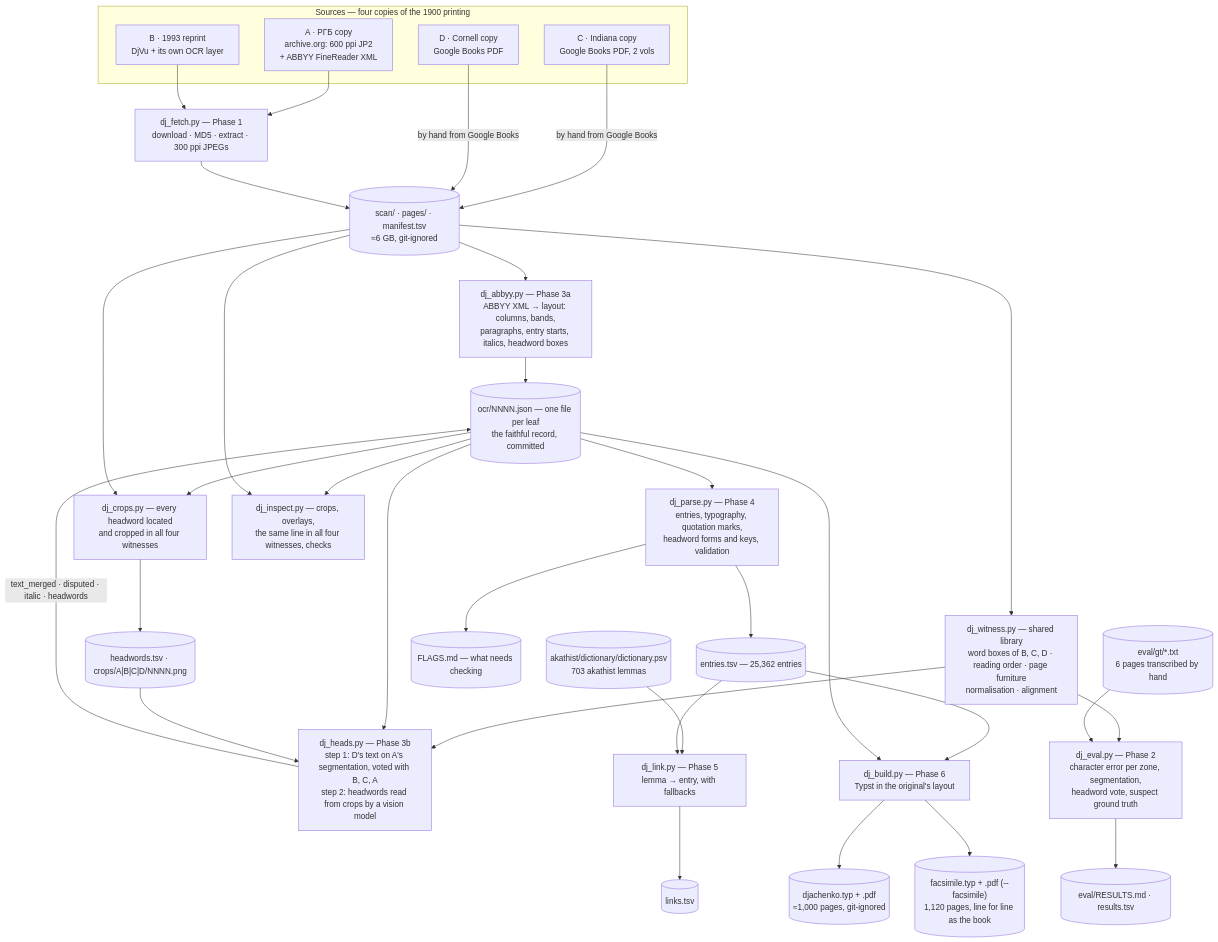
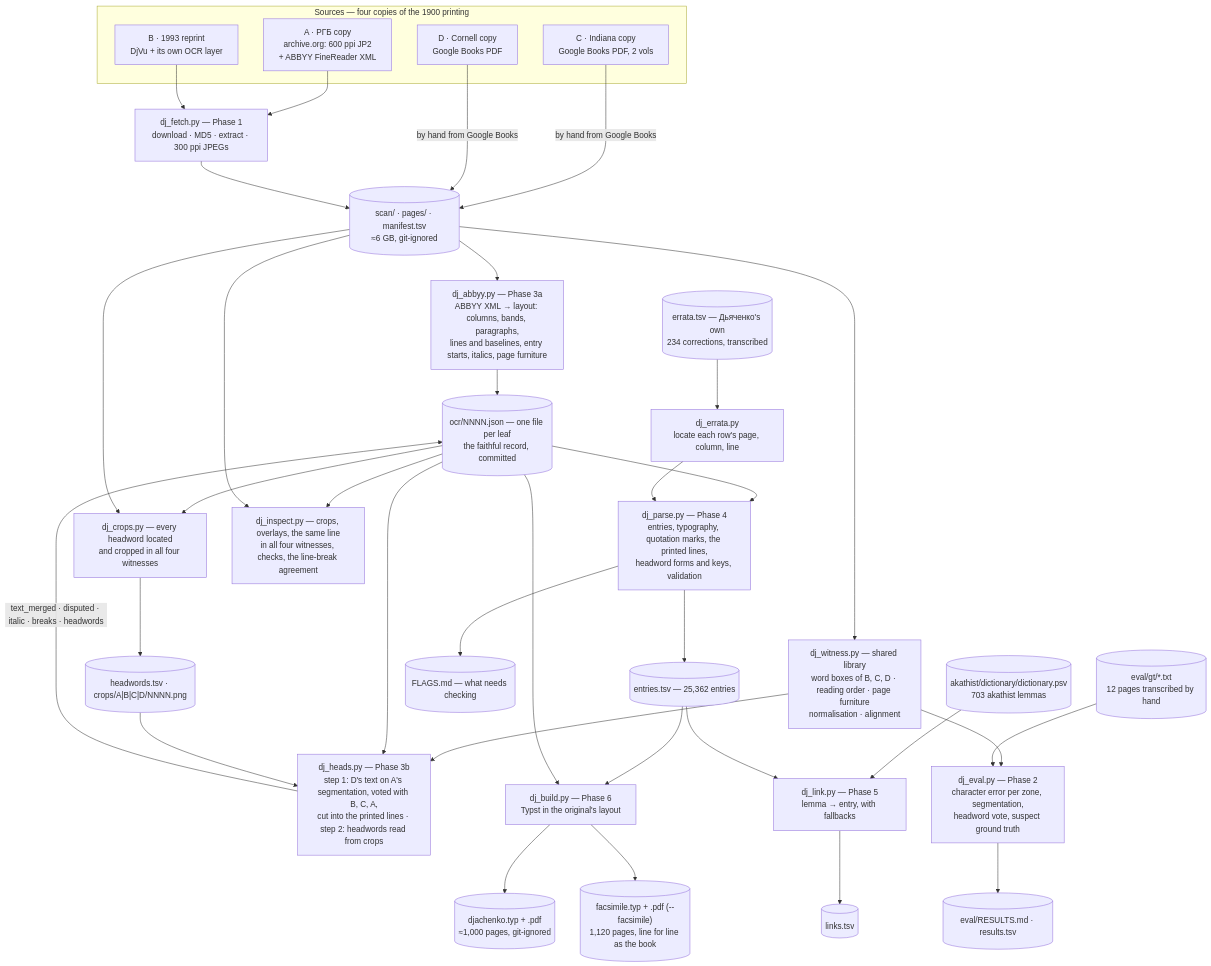
One commit to pancakescrawlspace/akafist changed the diagram in README.md. Above: the diagram before and after it, drawn with Mermaid. The commit also changed other lines of this file, not shown here.

Commit message:
README: the errata, the twelve ground-truth pages, one typesetting, the facsimile, the printed lines

````diff
--- a/README.md
+++ b/README.md
@@ -176,49 +181,51 @@
 ```mermaid
 flowchart TD
     subgraph SRC["Sources — four copies of the 1900 printing"]
         WA["A · РГБ copy<br/>archive.org: 600 ppi JP2<br/>+ ABBYY FineReader XML"]
         WB["B · 1993 reprint<br/>DjVu + its own OCR layer"]
         WC["C · Indiana copy<br/>Google Books PDF, 2 vols"]
         WD["D · Cornell copy<br/>Google Books PDF"]
     end
 
     WA --> FETCH["dj_fetch.py — Phase 1<br/>download · MD5 · extract · 300 ppi JPEGs"]
     WB --> FETCH
     WC -- "by hand from Google Books" --> SCAN
     WD -- "by hand from Google Books" --> SCAN
     FETCH --> SCAN[("scan/ · pages/ · manifest.tsv<br/>≈6 GB, git-ignored")]
 
-    SCAN --> ABBYY["dj_abbyy.py — Phase 3a<br/>ABBYY XML → layout: columns, bands,<br/>paragraphs, entry starts, italics, headword boxes"]
+    SCAN --> ABBYY["dj_abbyy.py — Phase 3a<br/>ABBYY XML → layout: columns, bands, paragraphs,<br/>lines and baselines, entry starts, italics, page furniture"]
     ABBYY --> OCRJ[("ocr/NNNN.json — one file per leaf<br/>the faithful record, committed")]
 
     SCAN --> WITLIB["dj_witness.py — shared library<br/>word boxes of B, C, D · reading order · page furniture<br/>normalisation · alignment"]
 
-    WITLIB --> HEADS["dj_heads.py — Phase 3b<br/>step 1: D's text on A's segmentation, voted with B, C, A<br/>step 2: headwords read from crops by a vision model"]
+    WITLIB --> HEADS["dj_heads.py — Phase 3b<br/>step 1: D's text on A's segmentation, voted with B, C, A,<br/>cut into the printed lines · step 2: headwords read from crops"]
     OCRJ --> HEADS
-    HEADS -- "text_merged · disputed · italic · headwords" --> OCRJ
+    HEADS -- "text_merged · disputed · italic · breaks · headwords" --> OCRJ
 
     WITLIB --> EVAL["dj_eval.py — Phase 2<br/>character error per zone, segmentation,<br/>headword vote, suspect ground truth"]
-    GT[("eval/gt/*.txt<br/>6 pages transcribed by hand")] --> EVAL
+    GT[("eval/gt/*.txt<br/>12 pages transcribed by hand")] --> EVAL
     EVAL --> RES[("eval/RESULTS.md · results.tsv")]
 
-    OCRJ --> PARSE["dj_parse.py — Phase 4<br/>entries, typography, quotation marks,<br/>headword forms and keys, validation"]
+    OCRJ --> PARSE["dj_parse.py — Phase 4<br/>entries, typography, quotation marks, the printed lines,<br/>headword forms and keys, validation"]
+    ERR[("errata.tsv — Дьяченко's own<br/>234 corrections, transcribed")] --> ERRATA["dj_errata.py<br/>locate each row's page, column, line"]
+    ERRATA --> PARSE
     PARSE --> ENT[("entries.tsv — 25,362 entries")]
     PARSE --> FLG[("FLAGS.md — what needs checking")]
 
     PSV[("akathist/dictionary/dictionary.psv<br/>703 akathist lemmas")] --> LINK["dj_link.py — Phase 5<br/>lemma → entry, with fallbacks"]
     ENT --> LINK
     LINK --> LNK[("links.tsv")]
 
     ENT --> BUILD["dj_build.py — Phase 6<br/>Typst in the original's layout"]
     BUILD --> PDF[("djachenko.typ + .pdf<br/>≈1,000 pages, git-ignored")]
     OCRJ --> BUILD
     BUILD --> FAC[("facsimile.typ + .pdf (--facsimile)<br/>1,120 pages, line for line as the book")]
 
     OCRJ --> CROPS["dj_crops.py — every headword located<br/>and cropped in all four witnesses"]
     SCAN --> CROPS
     CROPS --> HW[("headwords.tsv · crops/A|B|C|D/NNNN.png")]
     HW --> HEADS
 
-    OCRJ --> INSP["dj_inspect.py — crops, overlays,<br/>the same line in all four witnesses, checks"]
+    OCRJ --> INSP["dj_inspect.py — crops, overlays, the same line<br/>in all four witnesses, checks, the line-break agreement"]
     SCAN --> INSP
 ```
````
